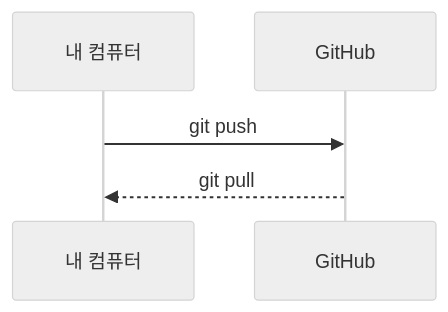
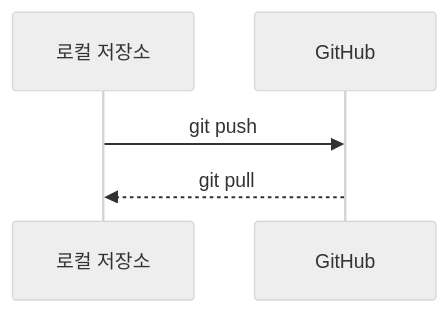
One commit to qus0in-factory/learn changed the third of 3 diagrams in docs/lecture/appendix/04-mermaid.md. Above: the diagram before and after it, drawn with Mermaid (neutral theme). The commit also changed 8 other files, not shown here.

````diff
--- a/docs/lecture/appendix/04-mermaid.md
+++ b/docs/lecture/appendix/04-mermaid.md
@@ -49,7 +49,7 @@
 ```mermaid
 sequenceDiagram
-  participant L as 내 컴퓨터
+  participant L as 로컬 저장소
   participant G as GitHub
   L->>G: git push
   G-->>L: git pull
 ```
````
